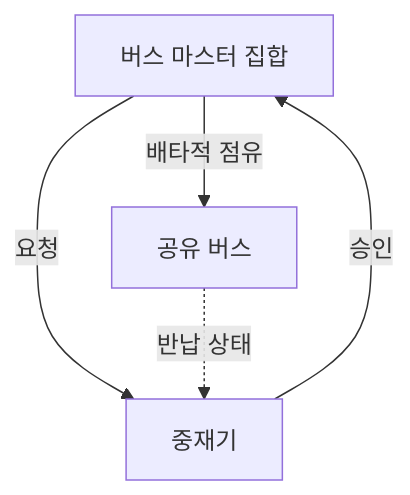
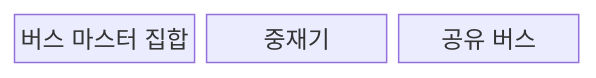
Before and after one commit to agnusdei1207/knowledge-base: the first of 2 diagrams in src/content/docs/notes/02-hardware/036_bus_arbitration.md, drawn with Mermaid. The commit also changed other lines of this file and 20 other files, not shown here.

````diff
--- a/src/content/docs/notes/02-hardware/036_bus_arbitration.md
+++ b/src/content/docs/notes/02-hardware/036_bus_arbitration.md
@@ -64,7 +62,7 @@
 ```mermaid
-flowchart TB
-    M[버스 마스터 집합] -->|요청| A[중재기]
-    A -->|승인| M
-    M -->|배타적 점유| B[공유 버스]
-    B -. 반납 상태 .-> A
+block
+    columns 3
+    M["버스 마스터 집합"]
+    A["중재기"]
+    B["공유 버스"]
 ```
````
